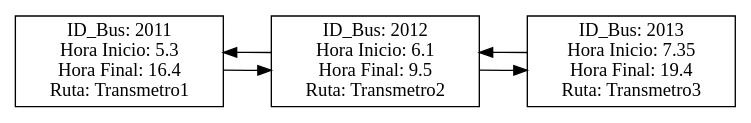
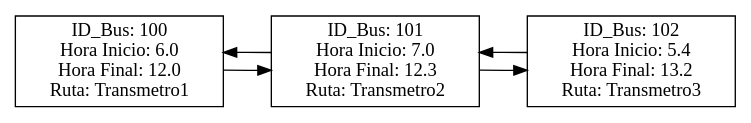
The diagram in Graphviz/ListaGeneralBuses.dot (Luiskr1993/Proyecto1s22015_201122864a), drawn with Graphviz before and after one commit. The commit also changed 13 other files, not shown here.

```diff
--- a/Graphviz/ListaGeneralBuses.dot
+++ b/Graphviz/ListaGeneralBuses.dot
@@ -1,14 +1,14 @@
 digraph Elementos{
 node [shape=record];
 rankdir=LR;
-e_2011[label = "ID_Bus: 2011\n Hora Inicio: 5.3\n Hora Final: 16.4\n Ruta: Transmetro1"];
+e_100[label = "ID_Bus: 100\n Hora Inicio: 6.0\n Hora Final: 12.0\n Ruta: Transmetro1"];
 
-e_2011->e_2012;
-e_2012->e_2011;
-e_2012[label = "ID_Bus: 2012\n Hora Inicio: 6.1\n Hora Final: 9.5\n Ruta: Transmetro2"];
+e_100->e_101;
+e_101->e_100;
+e_101[label = "ID_Bus: 101\n Hora Inicio: 7.0\n Hora Final: 12.3\n Ruta: Transmetro2"];
 
-e_2012->e_2013;
-e_2013->e_2012;
-e_2013[label = "ID_Bus: 2013\n Hora Inicio: 7.35\n Hora Final: 19.4\n Ruta: Transmetro3"];
+e_101->e_102;
+e_102->e_101;
+e_102[label = "ID_Bus: 102\n Hora Inicio: 5.4\n Hora Final: 13.2\n Ruta: Transmetro3"];
 
 }
```
